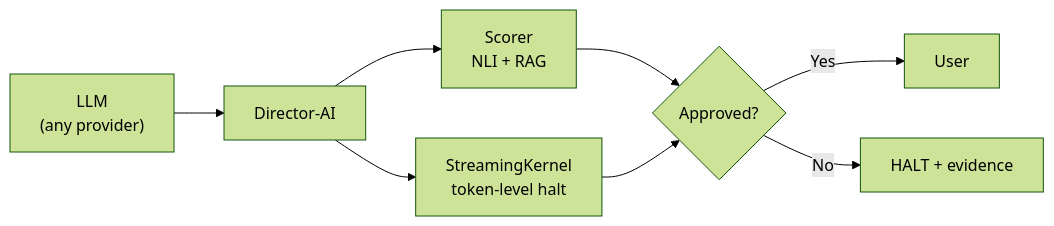
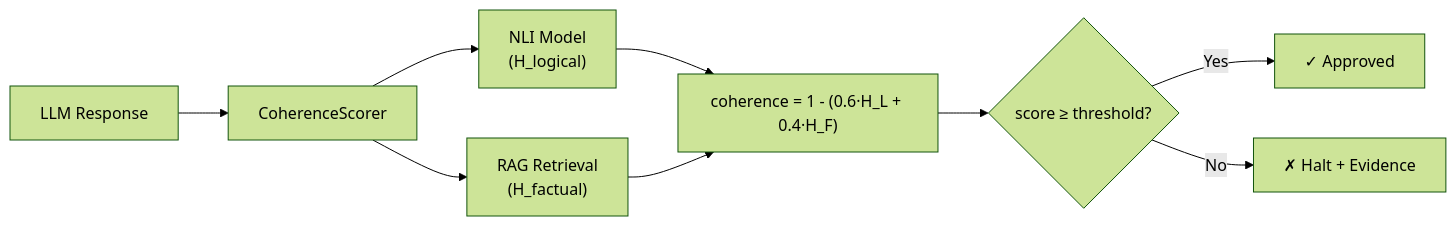
The diagram in docs-site/index.md (anulum/director-ai), drawn with Mermaid (forest theme) before and after one commit. The commit also changed other lines of this file and 25 other files, not shown here.

````diff
--- a/docs-site/index.md
+++ b/docs-site/index.md
@@ -11,10 +38,11 @@
 ```mermaid
 graph LR
-    LLM["LLM<br/>(any provider)"] --> D["Director-AI"]
-    D --> S["Scorer<br/>NLI + RAG"]
-    D --> K["StreamingKernel<br/>token-level halt"]
-    S --> V{Approved?}
-    K --> V
-    V -->|Yes| U["User"]
-    V -->|No| H["HALT + evidence"]
+    LLM["LLM Response"] --> SC["CoherenceScorer"]
+    SC --> NLI["NLI Model<br/>(H_logical)"]
+    SC --> RAG["RAG Retrieval<br/>(H_factual)"]
+    NLI --> SCORE["coherence = 1 - (0.6·H_L + 0.4·H_F)"]
+    RAG --> SCORE
+    SCORE --> GATE{score ≥ threshold?}
+    GATE -->|Yes| APPROVE["✓ Approved"]
+    GATE -->|No| HALT["✗ Halt + Evidence"]
 ```
````
